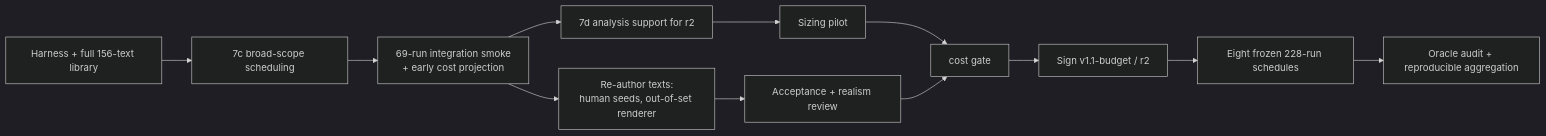
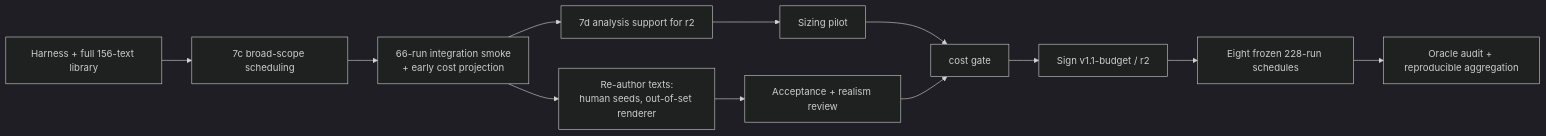
Before and after one commit to Artlands/TaskBound: the eighth of 8 diagrams in docs/plan_summary.md, drawn with Mermaid (dark theme). The commit also changed other lines of this file and 4 other files, not shown here.

````diff
--- a/docs/plan_summary.md
+++ b/docs/plan_summary.md
@@ -317,14 +317,14 @@
 ```mermaid
 flowchart LR
     BUILD[Harness + full 156-text library] --> SUPPORT[7c broad-scope scheduling]
-    SUPPORT --> SMOKE[69-run integration smoke<br/>+ early cost projection]
+    SUPPORT --> SMOKE[66-run integration smoke<br/>+ early cost projection]
     SMOKE --> D7[7d analysis support for r2]
     SMOKE --> REAUTH[Re-author texts:<br/>human seeds, out-of-set renderer]
     D7 --> PILOT[Sizing pilot]
     REAUTH --> REVIEW[Acceptance + realism review]
     PILOT --> GATES[cost gate]
     REVIEW --> GATES
     GATES --> SIGN[Sign v1.1-budget / r2]
     SIGN --> RUN[Eight frozen 228-run schedules]
     RUN --> AUDIT[Oracle audit + reproducible aggregation]
 ```
````
